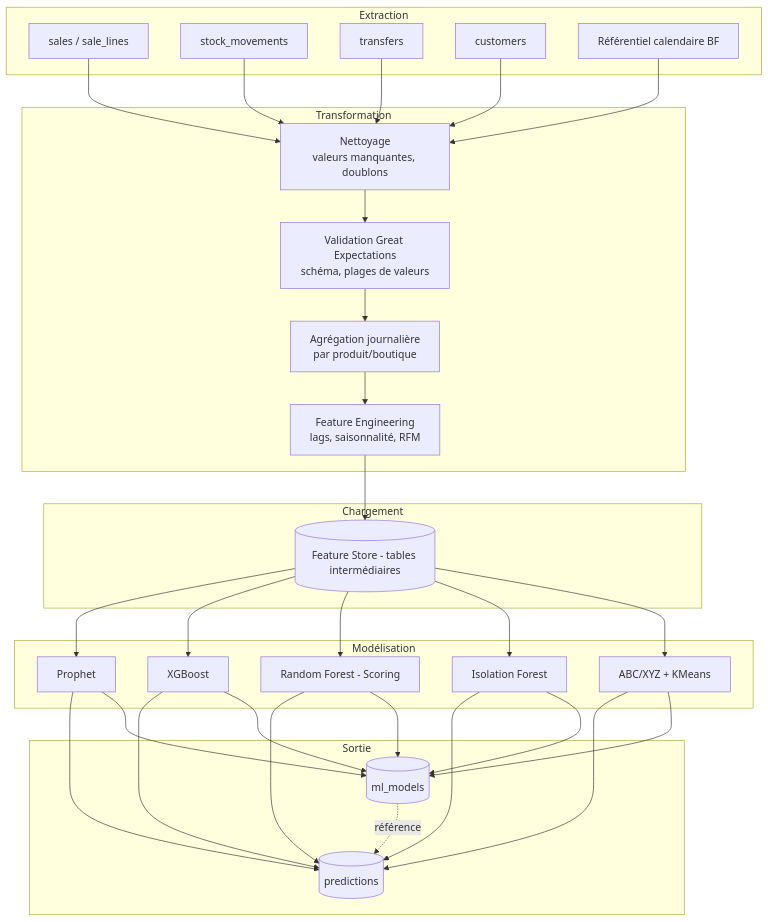
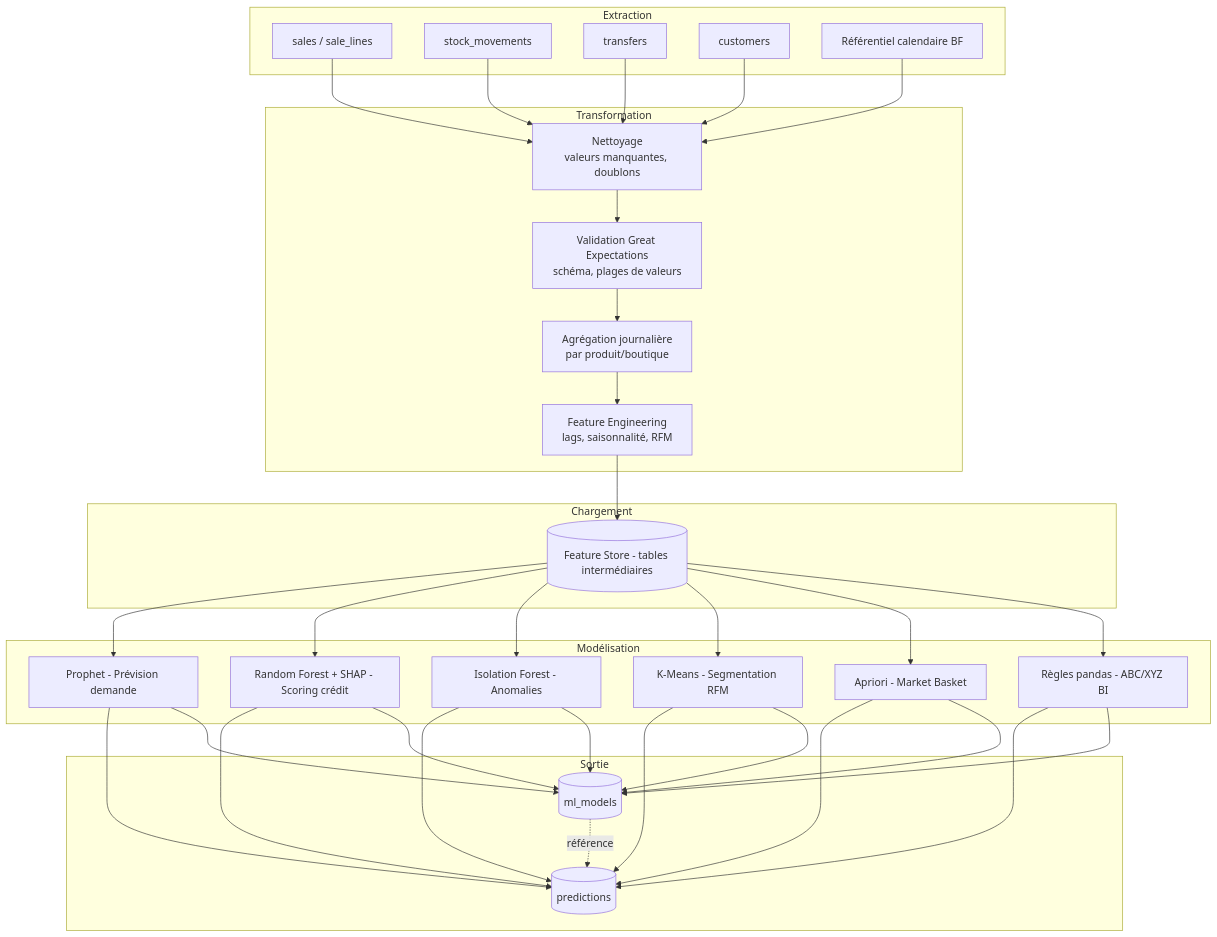
One commit to MannuPy/Gec_com changed the diagram in docs/21-PIPELINE-ETL.md. Above: the diagram before and after it, drawn with Mermaid. The commit also changed other lines of this file and 88 other files, not shown here.

````diff
--- a/docs/21-PIPELINE-ETL.md
+++ b/docs/21-PIPELINE-ETL.md
@@ -9,40 +11,41 @@
 ```mermaid
 flowchart TB
     subgraph Extraction
         A1[sales / sale_lines]
         A2[stock_movements]
         A3[transfers]
         A4[customers]
         A5[Référentiel calendaire BF]
     end
 
     subgraph Transformation
         B1[Nettoyage\nvaleurs manquantes, doublons]
         B2[Validation Great Expectations\nschéma, plages de valeurs]
         B3[Agrégation journalière\npar produit/boutique]
         B4[Feature Engineering\nlags, saisonnalité, RFM]
     end
 
     subgraph Chargement
         C1[(Feature Store - tables intermédiaires)]
     end
 
     subgraph Modélisation
-        D1[Prophet]
-        D2[XGBoost]
-        D3[Random Forest - Scoring]
-        D4[Isolation Forest]
-        D5[ABC/XYZ + KMeans]
+        D1[Prophet - Prévision demande]
+        D2[Random Forest + SHAP - Scoring crédit]
+        D3[Isolation Forest - Anomalies]
+        D4[K-Means - Segmentation RFM]
+        D5[Apriori - Market Basket]
+        D6[Règles pandas - ABC/XYZ BI]
     end
 
     subgraph Sortie
         E1[(predictions)]
         E2[(ml_models)]
     end
 
     A1 & A2 & A3 & A4 & A5 --> B1 --> B2 --> B3 --> B4 --> C1
-    C1 --> D1 & D2 & D3 & D4 & D5
-    D1 & D2 & D3 & D4 & D5 --> E1
-    D1 & D2 & D3 & D4 & D5 --> E2
+    C1 --> D1 & D2 & D3 & D4 & D5 & D6
+    D1 & D2 & D3 & D4 & D5 & D6 --> E1
+    D1 & D2 & D3 & D4 & D5 & D6 --> E2
     E2 -.référence.-> E1
 ```
````
